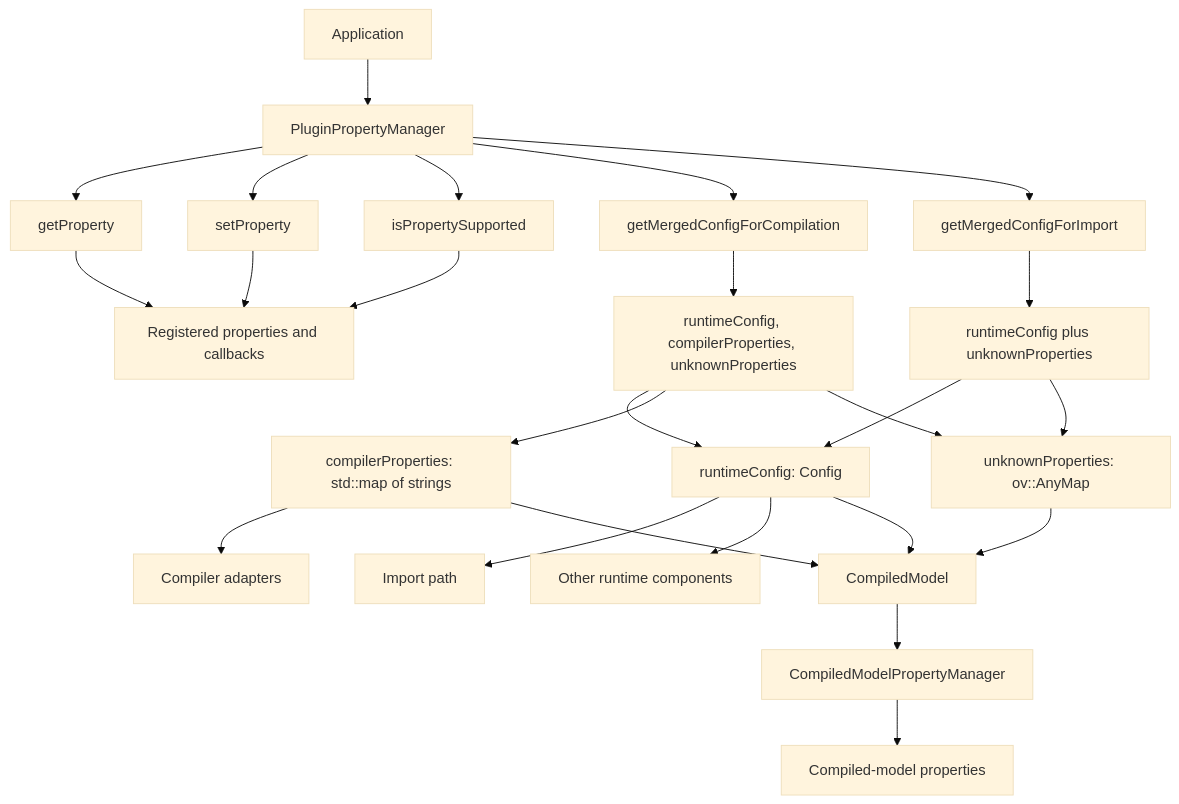
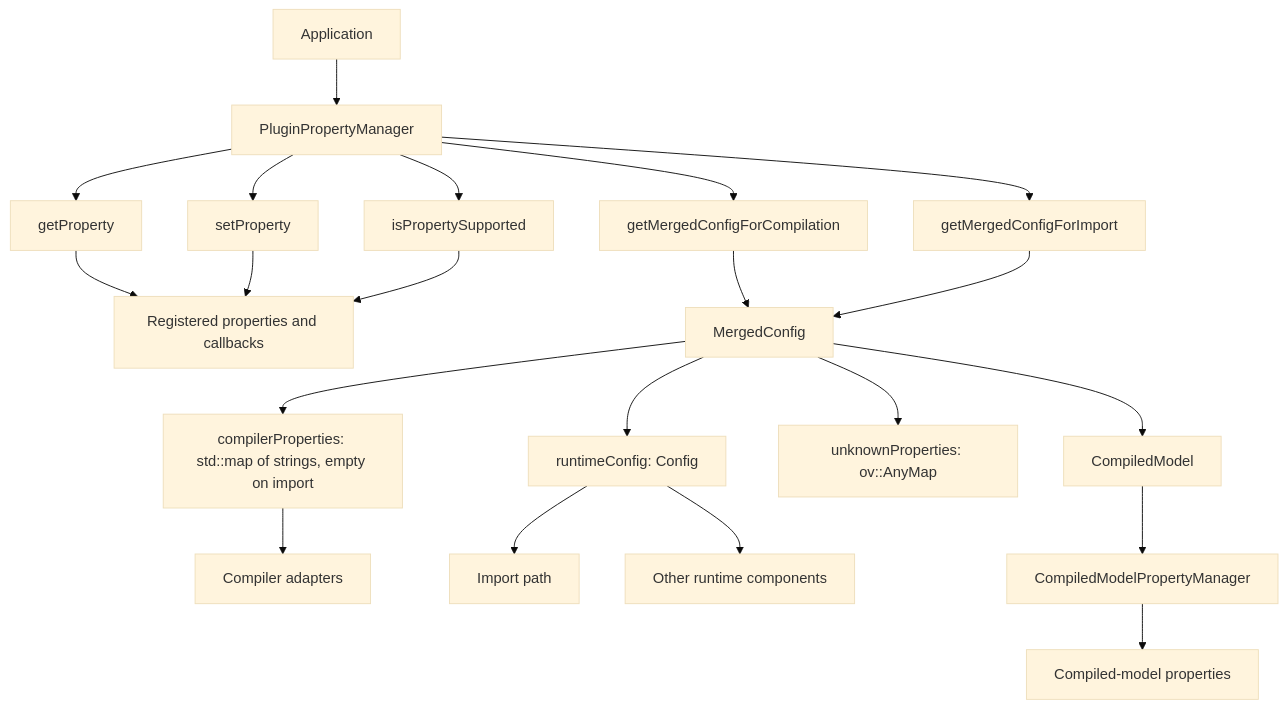
The diagram in src/plugins/intel_npu/docs/npu-properties-howto.md (openvinotoolkit/openvino), drawn with Mermaid (base theme) before and after one commit. The commit also changed other lines of this file and 14 other files, not shown here.

Commit message:
Use MergedConfig struct to share configs between plugin and compiled model

````diff
--- a/src/plugins/intel_npu/docs/npu-properties-howto.md
+++ b/src/plugins/intel_npu/docs/npu-properties-howto.md
@@ -67,32 +67,27 @@
 ```mermaid
 flowchart TD
     A[Application] --> B[PluginPropertyManager]
 
     B --> C[getProperty]
     B --> D[setProperty]
     B --> E[isPropertySupported]
     C --> F[Registered properties and callbacks]
     D --> F
     E --> F
 
     B --> G[getMergedConfigForCompilation]
-    G --> H[runtimeConfig, compilerProperties, unknownProperties]
+    B --> R[getMergedConfigForImport]
+    G --> H[MergedConfig]
+    R --> H
     H --> I[runtimeConfig: Config]
-    H --> Q[compilerProperties: std::map of strings]
+    H --> Q[compilerProperties: std::map of strings, empty on import]
     H --> J[unknownProperties: ov::AnyMap]
-
-    B --> R[getMergedConfigForImport]
-    R --> S[runtimeConfig plus unknownProperties]
-    S --> I
-    S --> J
 
     Q --> K[Compiler adapters]
     I --> L[Import path]
     I --> M[Other runtime components]
 
-    I --> N[CompiledModel]
-    Q --> N
-    J --> N
+    H --> N[CompiledModel]
     N --> O[CompiledModelPropertyManager]
     O --> P[Compiled-model properties]
 ```
````
